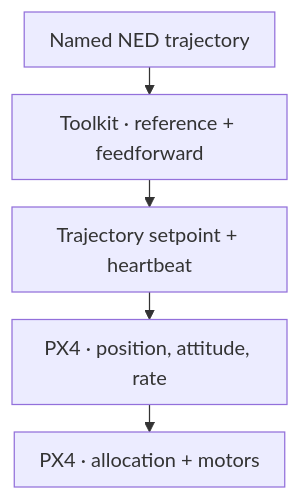
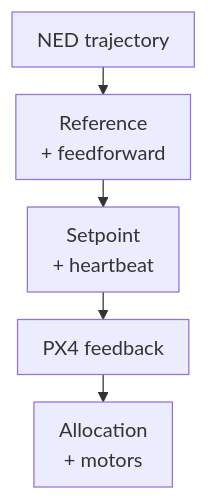
The diagram in docs/controllers/offboard-position.md (ANCL/px4-dev-toolkit), drawn with Mermaid before and after one commit. The commit also changed other lines of this file and 31 other files, not shown here.

````diff
--- a/docs/controllers/offboard-position.md
+++ b/docs/controllers/offboard-position.md
@@ -5,16 +7,16 @@
 ```mermaid
 ---
 config:
   flowchart:
-    useMaxWidth: false
+    useMaxWidth: true
     wrappingWidth: 180
     padding: 10
     rankSpacing: 22
     nodeSpacing: 24
 ---
 flowchart TB
-    T["Named NED trajectory"] --> N["Toolkit · reference + feedforward"]
-    N --> S["Trajectory setpoint + heartbeat"]
-    S --> P["PX4 · position, attitude, rate"]
-    P --> A["PX4 · allocation + motors"]
+    T["NED trajectory"] --> N["Reference<br/>+ feedforward"]
+    N --> S["Setpoint<br/>+ heartbeat"]
+    S --> P["PX4 feedback"]
+    P --> A["Allocation<br/>+ motors"]
 ```
````
